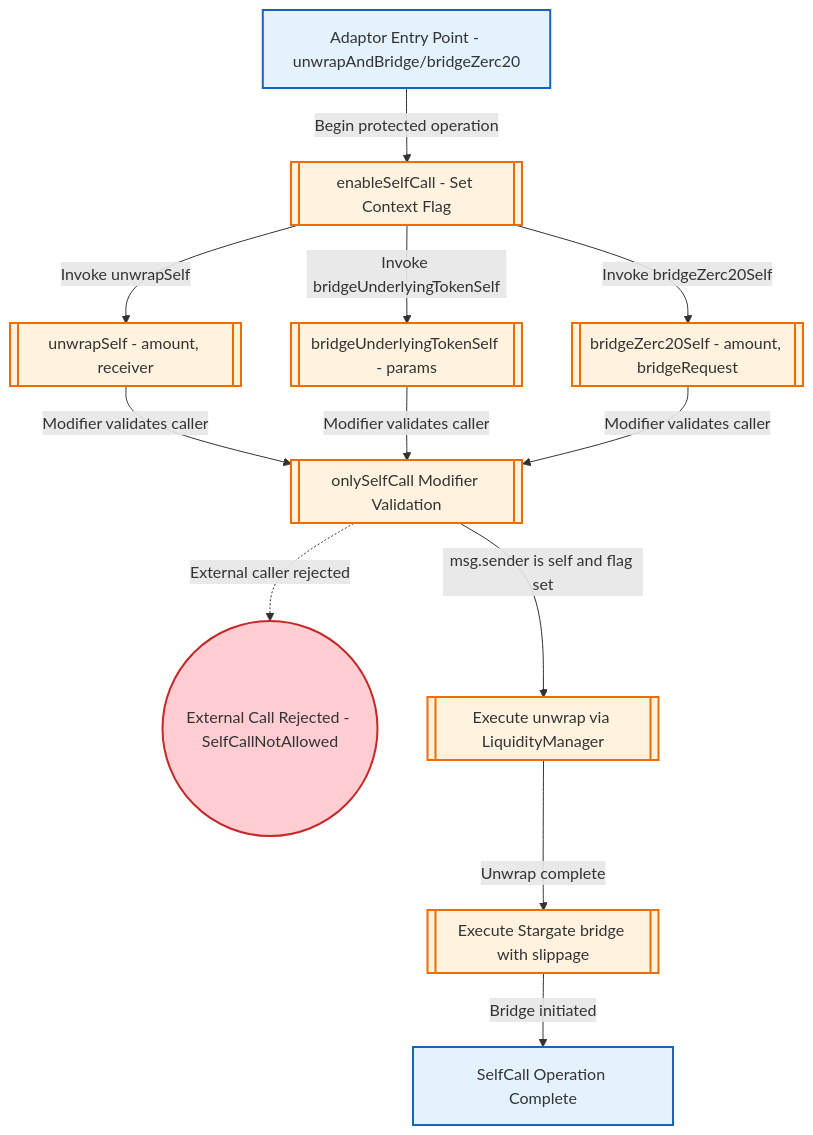
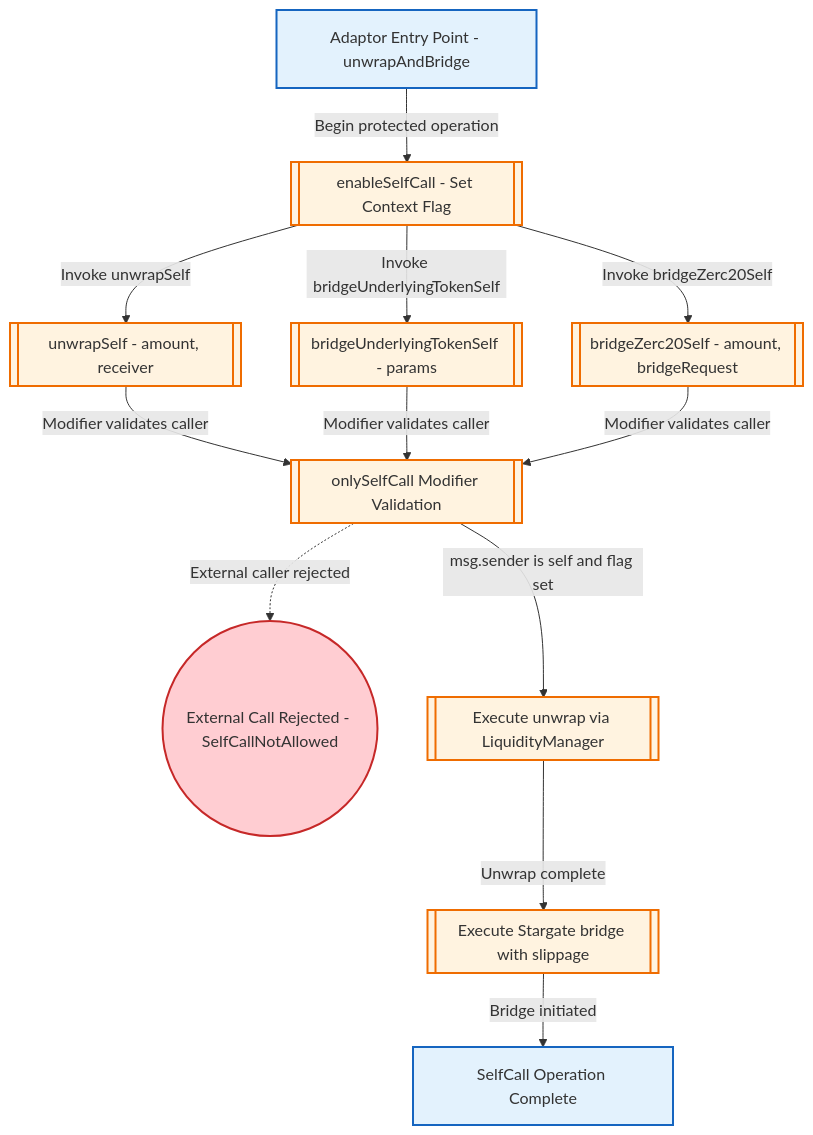
Before and after one commit to NyxFoundation/speca: diagram 18 of 23 in outputs/specs.md, drawn with Mermaid. The commit also changed other lines of this file and 1 other file, not shown here.

Commit message:
fix main graph flow

````diff
--- a/outputs/specs.md
+++ b/outputs/specs.md
@@ -1552,40 +1552,40 @@
 ```mermaid
 flowchart TD
     classDef stateNode fill:#e3f2fd,stroke:#1565c0,stroke-width:2px
     classDef actionNode fill:#fff3e0,stroke:#ef6c00,stroke-width:2px
     classDef errorNode fill:#ffcdd2,stroke:#c62828,stroke-width:2px
 
-    STATE_ADAPTOR_ENTRY["Adaptor Entry Point - unwrapAndBridge/bridgeZerc20"]
+    STATE_ADAPTOR_ENTRY["Adaptor Entry Point - unwrapAndBridge"]
     ACTION_ADAPTOR_ENABLE_SELFCALL[["enableSelfCall - Set Context Flag"]]
     ACTION_ADAPTOR_CALL_UNWRAP_SELF[["unwrapSelf - amount, receiver"]]
     ACTION_ADAPTOR_CALL_BRIDGE_UNDERLYING_SELF[["bridgeUnderlyingTokenSelf - params"]]
     ACTION_ADAPTOR_CALL_BRIDGE_ZERC20_SELF[["bridgeZerc20Self - amount, bridgeRequest"]]
     ACTION_ADAPTOR_ONLY_SELFCALL_CHECK[["onlySelfCall Modifier Validation"]]
     STATE_ADAPTOR_SELFCALL_REJECTED(("External Call Rejected - SelfCallNotAllowed"))
     ACTION_ADAPTOR_EXECUTE_UNWRAP[["Execute unwrap via LiquidityManager"]]
     ACTION_ADAPTOR_EXECUTE_BRIDGE[["Execute Stargate bridge with slippage"]]
     STATE_ADAPTOR_SELFCALL_COMPLETE["SelfCall Operation Complete"]
 
     STATE_ADAPTOR_ENTRY -->|Begin protected operation| ACTION_ADAPTOR_ENABLE_SELFCALL
     ACTION_ADAPTOR_ENABLE_SELFCALL -->|Invoke unwrapSelf| ACTION_ADAPTOR_CALL_UNWRAP_SELF
     ACTION_ADAPTOR_ENABLE_SELFCALL -->|Invoke bridgeUnderlyingTokenSelf| ACTION_ADAPTOR_CALL_BRIDGE_UNDERLYING_SELF
     ACTION_ADAPTOR_ENABLE_SELFCALL -->|Invoke bridgeZerc20Self| ACTION_ADAPTOR_CALL_BRIDGE_ZERC20_SELF
     ACTION_ADAPTOR_CALL_UNWRAP_SELF -->|Modifier validates caller| ACTION_ADAPTOR_ONLY_SELFCALL_CHECK
     ACTION_ADAPTOR_CALL_BRIDGE_UNDERLYING_SELF -->|Modifier validates caller| ACTION_ADAPTOR_ONLY_SELFCALL_CHECK
     ACTION_ADAPTOR_CALL_BRIDGE_ZERC20_SELF -->|Modifier validates caller| ACTION_ADAPTOR_ONLY_SELFCALL_CHECK
     ACTION_ADAPTOR_ONLY_SELFCALL_CHECK -->|msg.sender is self and flag set| ACTION_ADAPTOR_EXECUTE_UNWRAP
     ACTION_ADAPTOR_ONLY_SELFCALL_CHECK -.->|External caller rejected| STATE_ADAPTOR_SELFCALL_REJECTED
     ACTION_ADAPTOR_EXECUTE_UNWRAP -->|Unwrap complete| ACTION_ADAPTOR_EXECUTE_BRIDGE
     ACTION_ADAPTOR_EXECUTE_BRIDGE -->|Bridge initiated| STATE_ADAPTOR_SELFCALL_COMPLETE
 
     class STATE_ADAPTOR_ENTRY stateNode
     class ACTION_ADAPTOR_ENABLE_SELFCALL actionNode
     class ACTION_ADAPTOR_CALL_UNWRAP_SELF actionNode
     class ACTION_ADAPTOR_CALL_BRIDGE_UNDERLYING_SELF actionNode
     class ACTION_ADAPTOR_CALL_BRIDGE_ZERC20_SELF actionNode
     class ACTION_ADAPTOR_ONLY_SELFCALL_CHECK actionNode
     class STATE_ADAPTOR_SELFCALL_REJECTED errorNode
     class ACTION_ADAPTOR_EXECUTE_UNWRAP actionNode
     class ACTION_ADAPTOR_EXECUTE_BRIDGE actionNode
     class STATE_ADAPTOR_SELFCALL_COMPLETE stateNode
 ```
````
